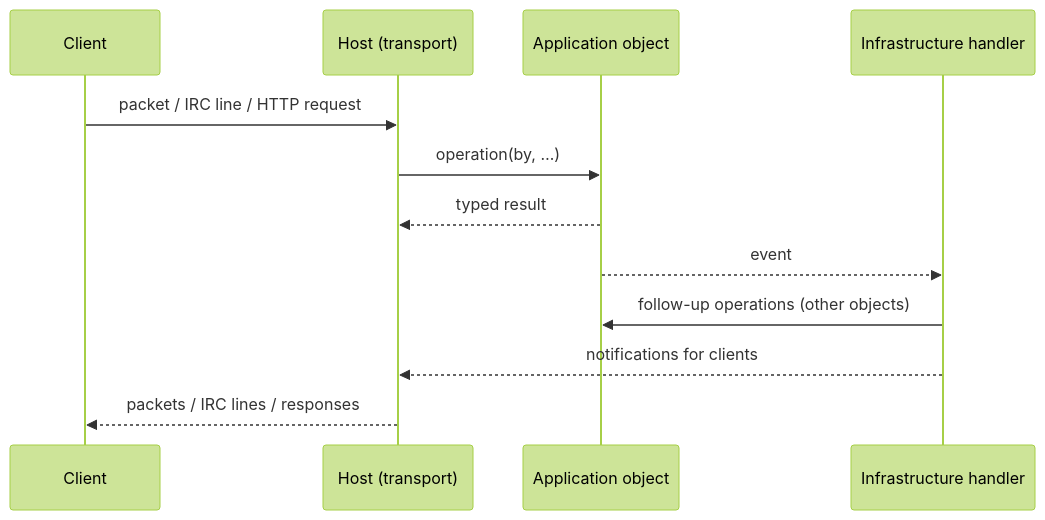
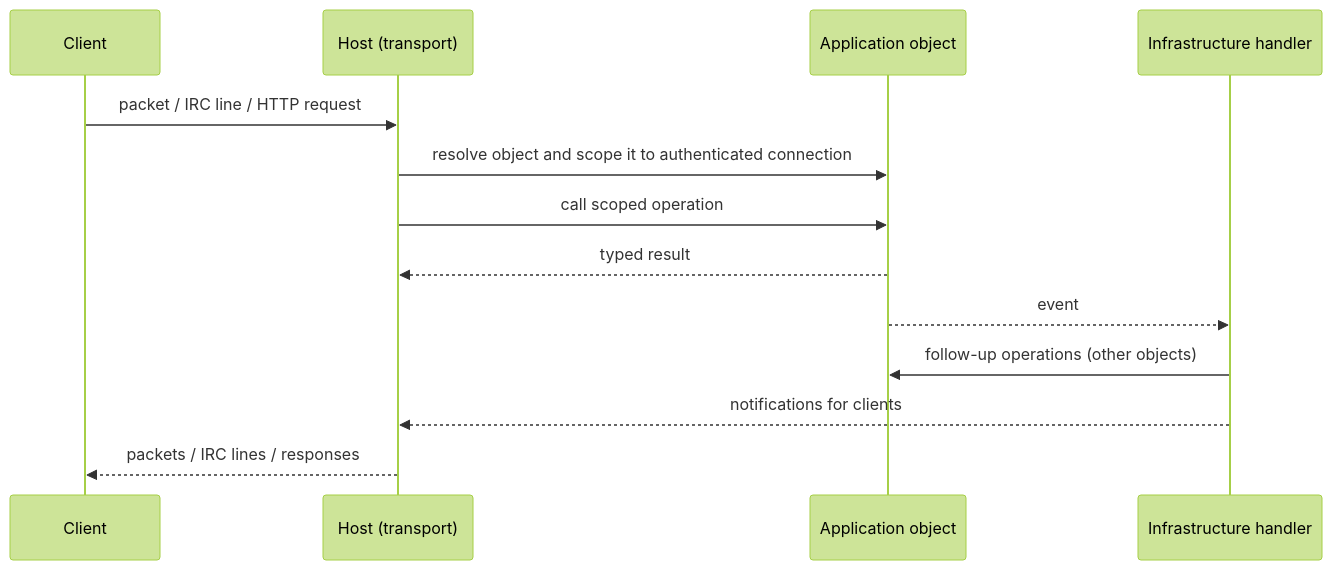
Before and after one commit to thnhmai06/osuBasil: the second of 2 diagrams in docs/for-developers/architecture.md, drawn with Mermaid (forest theme). The commit also changed other lines of this file and 4 other files, not shown here.

First line of the commit message:
docs: describe the finished object-scope redesign

````diff
--- a/docs/for-developers/architecture.md
+++ b/docs/for-developers/architecture.md
@@ -175,14 +224,15 @@
 ```mermaid
 sequenceDiagram
     participant C as Client
     participant H as Host (transport)
     participant A as Application object
     participant I as Infrastructure handler
     C->>H: packet / IRC line / HTTP request
-    H->>A: operation(by, …)
+    H->>A: resolve object and scope it to authenticated connection
+    H->>A: call scoped operation
     A-->>H: typed result
     A-->>I: event
     I->>A: follow-up operations (other objects)
     I-->>H: notifications for clients
     H-->>C: packets / IRC lines / responses
 ```
````
